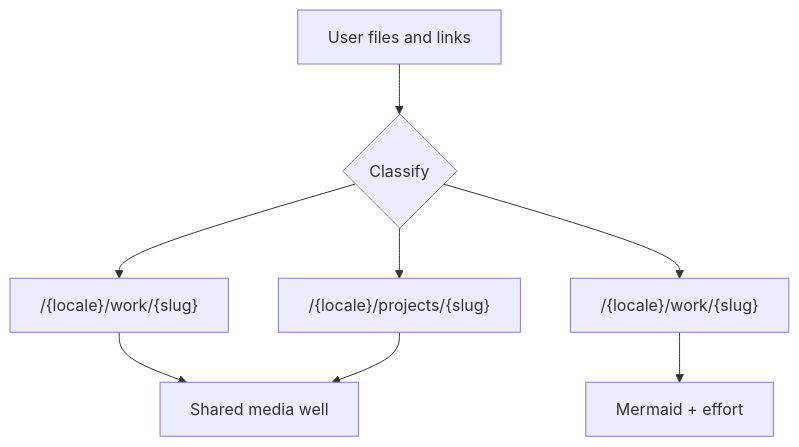
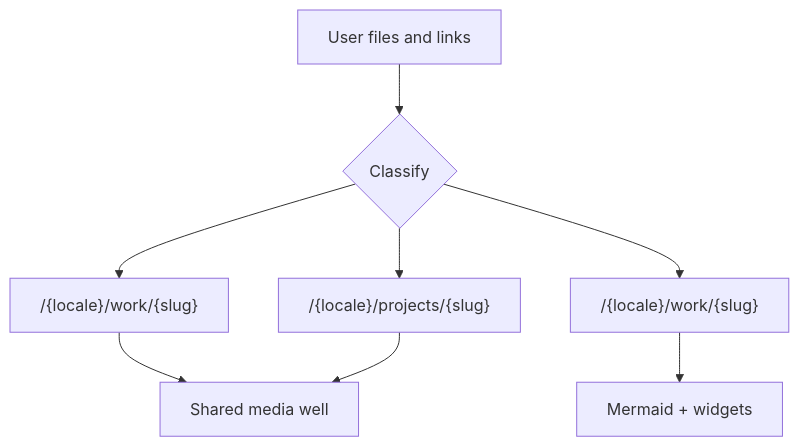
One commit to colorage/siaroza_cv changed the diagram in CONTENT.md. Above: the diagram before and after it, drawn with Mermaid. The commit also changed other lines of this file and 190 other files, not shown here.

````diff
--- a/CONTENT.md
+++ b/CONTENT.md
@@ -23,12 +23,12 @@
 ```mermaid
 flowchart TD
   input[User files and links]
   classify{Classify}
   input --> classify
   classify --> portfolio["/{locale}/work/{slug}"]
   classify --> cases["/{locale}/work/{slug}"]
   classify --> pets["/{locale}/projects/{slug}"]
   portfolio --> mediaFrame[Shared media well]
   pets --> mediaFrame
-  cases --> mermaid[Mermaid + effort]
+  cases --> mermaid[Mermaid + widgets]
 ```
````
